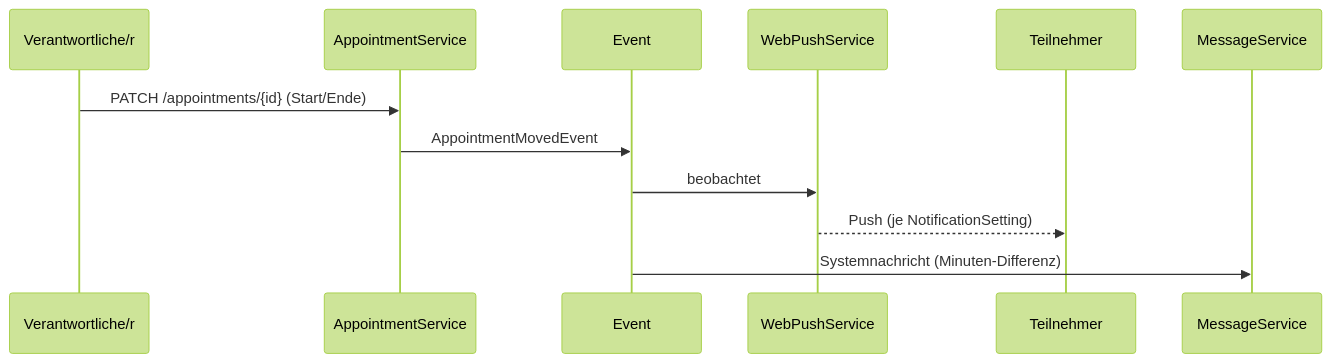
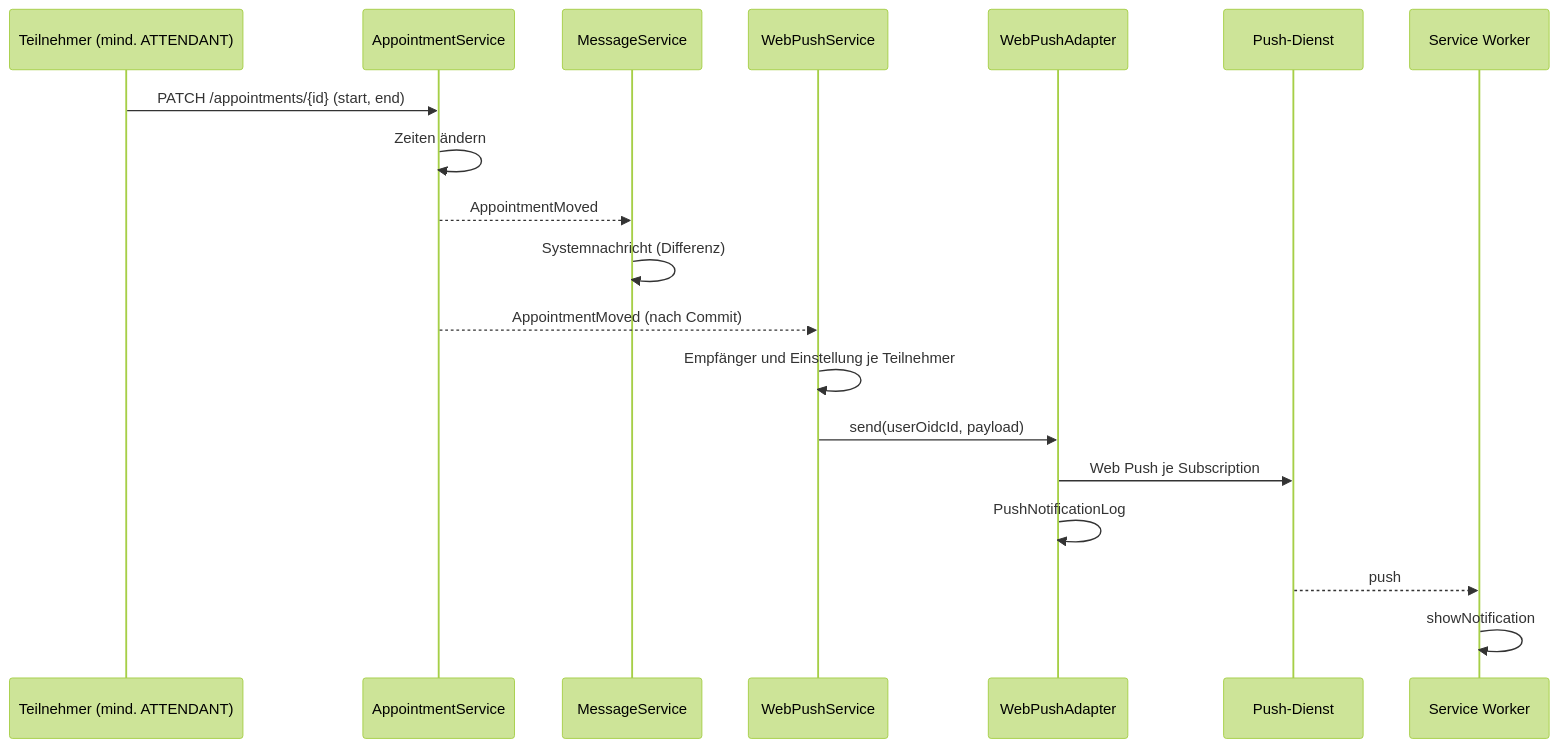
The diagram in docs/arc42/06-laufzeit/LZ-005-verschiebung-mit-push.md (Silverminer007/chronos-root), drawn with Mermaid (forest theme) before and after one commit. The commit also changed other lines of this file and 561 other files, not shown here.

````diff
--- a/docs/arc42/06-laufzeit/LZ-005-verschiebung-mit-push.md
+++ b/docs/arc42/06-laufzeit/LZ-005-verschiebung-mit-push.md
@@ -14,12 +17,21 @@
 ```mermaid
 sequenceDiagram
-  participant V as Verantwortliche/r
+  participant V as Teilnehmer (mind. ATTENDANT)
   participant S as AppointmentService
-  participant E as Event
+  participant M as MessageService
   participant P as WebPushService
-  V->>S: PATCH /appointments/{id} (Start/Ende)
-  S->>E: AppointmentMovedEvent
-  E->>P: beobachtet
-  P-->>Teilnehmer: Push (je NotificationSetting)
-  E->>MessageService: Systemnachricht (Minuten-Differenz)
+  participant A as WebPushAdapter
+  participant D as Push-Dienst
+  participant SW as Service Worker
+  V->>S: PATCH /appointments/{id} (start, end)
+  S->>S: Zeiten ändern
+  S-->>M: AppointmentMoved
+  M->>M: Systemnachricht (Differenz)
+  S-->>P: AppointmentMoved (nach Commit)
+  P->>P: Empfänger und Einstellung je Teilnehmer
+  P->>A: send(userOidcId, payload)
+  A->>D: Web Push je Subscription
+  A->>A: PushNotificationLog
+  D-->>SW: push
+  SW->>SW: showNotification
 ```
````
